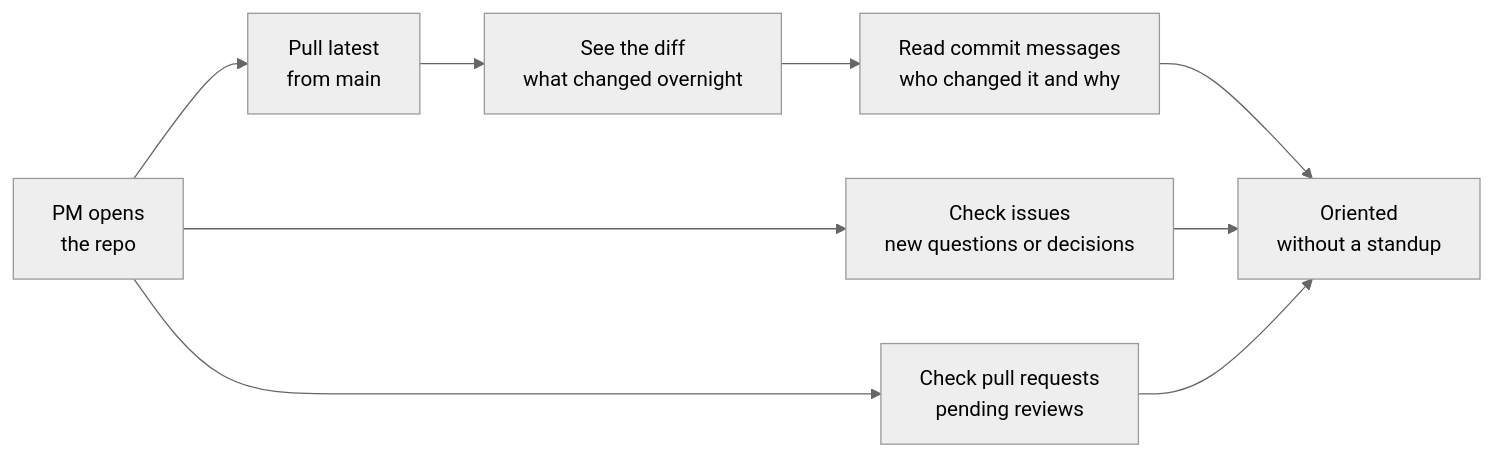
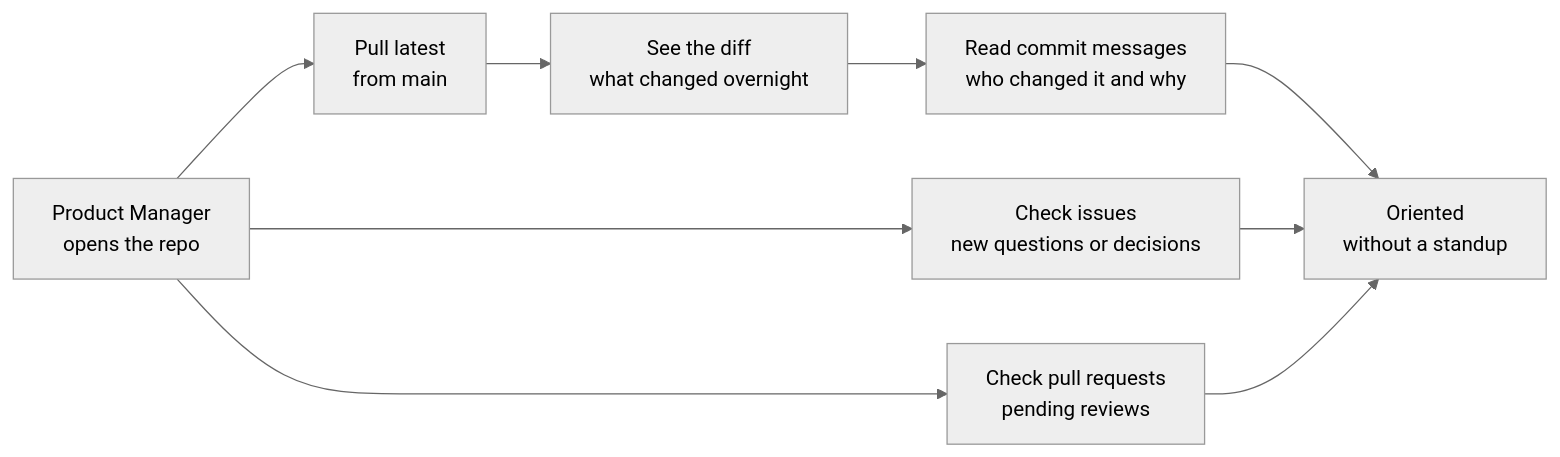
Before and after one commit to Productside/Productside-Github4PMs: the diagram in docs/diagrams/25-pull-latest-and-see-what-moved.md, drawn with Mermaid (neutral theme). The commit also changed other lines of this file and 206 other files, not shown here.

````diff
--- a/docs/diagrams/25-pull-latest-and-see-what-moved.md
+++ b/docs/diagrams/25-pull-latest-and-see-what-moved.md
@@ -7,14 +7,14 @@
 ```mermaid
 flowchart LR
-  PM["PM opens<br/>the repo"]
+  PM["Product Manager<br/>opens the repo"]
   PL["Pull latest<br/>from main"]
   DF["See the diff<br/>what changed overnight"]
   CM["Read commit messages<br/>who changed it and why"]
   IS["Check issues<br/>new questions or decisions"]
   PR["Check pull requests<br/>pending reviews"]
   OR["Oriented<br/>without a standup"]
 
   PM --> PL --> DF --> CM --> OR
   PM --> IS --> OR
   PM --> PR --> OR
 ```
````
